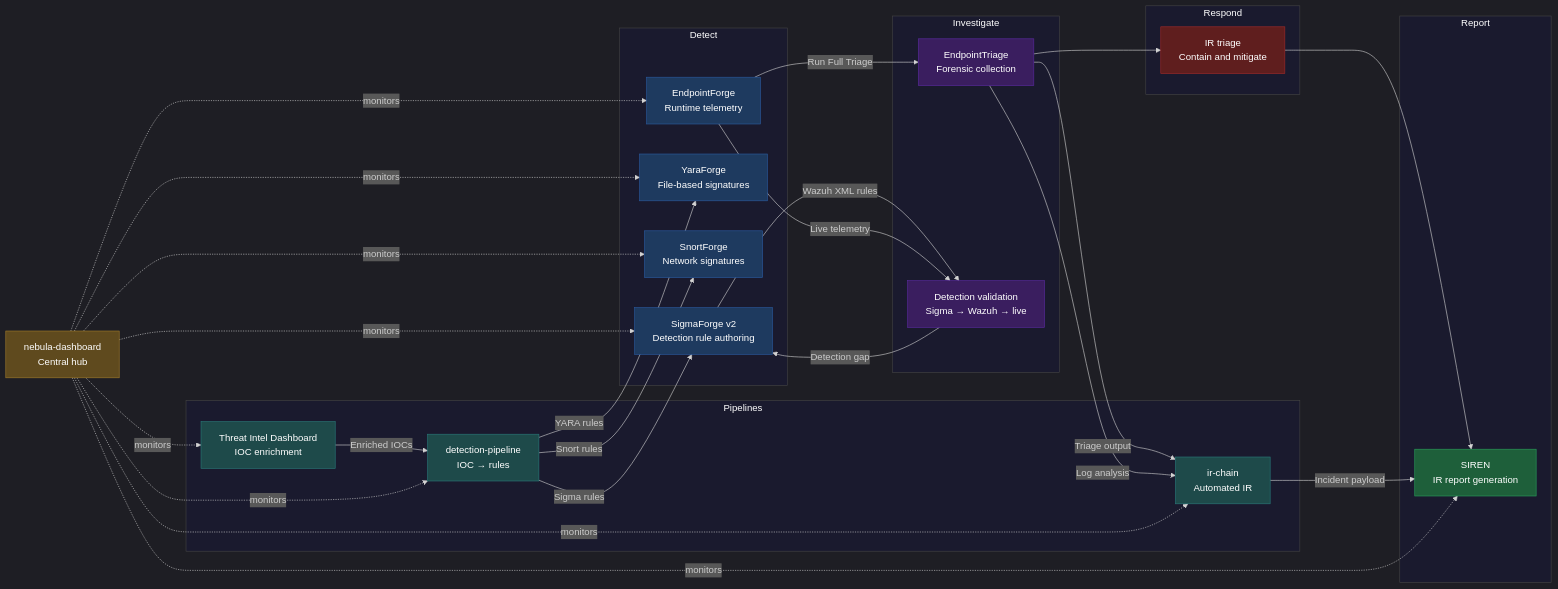
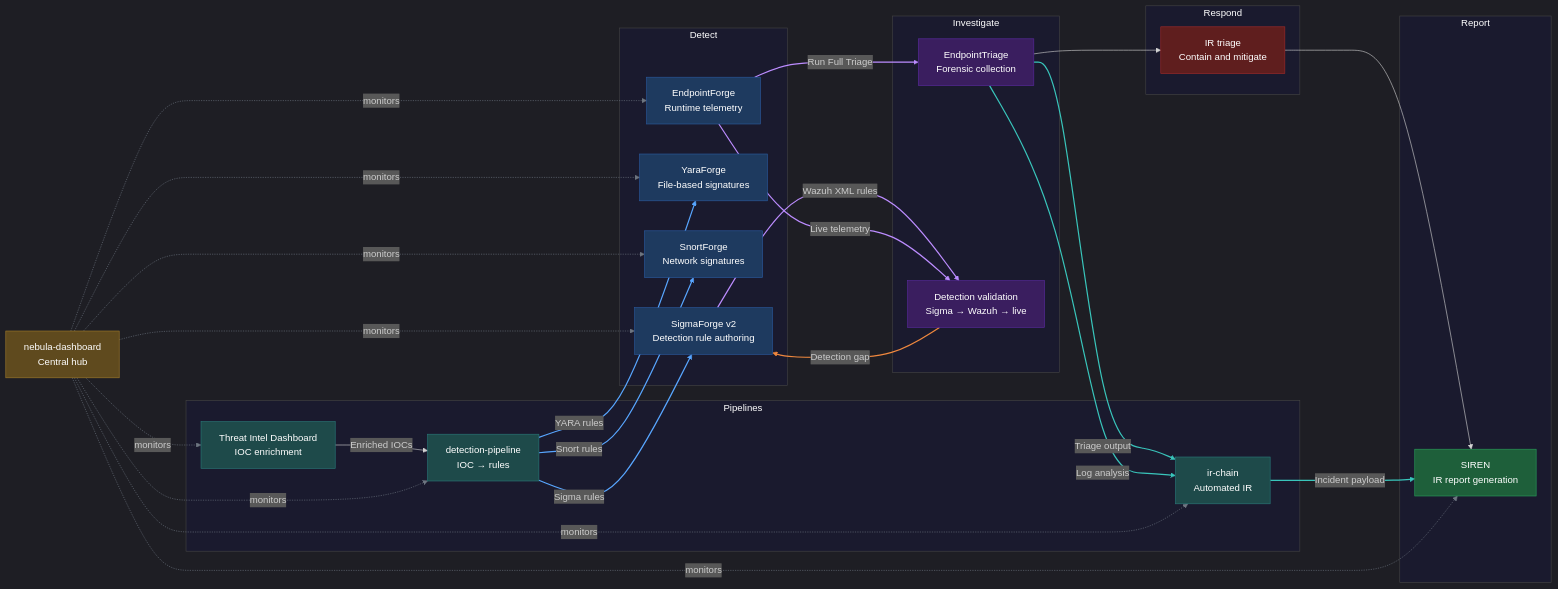
The diagram in README.md (Rootless-Ghost/Nebula-Forge), drawn with Mermaid before and after one commit.

````diff
--- a/README.md
+++ b/README.md
@@ -17,71 +17,77 @@
 ```mermaid
 %%{init: {'theme': 'dark', 'themeVariables': {'clusterBkg': '#1a1a2e', 'clusterBorder': '#444', 'titleColor': '#ffffff'}}}%%
 flowchart LR
     subgraph Detect
         SF[SigmaForge v2\nDetection rule authoring]
         YF[YaraForge\nFile-based signatures]
         SNF[SnortForge\nNetwork signatures]
         EF[EndpointForge\nRuntime telemetry]
     end
 
     subgraph Investigate
         ET[EndpointTriage\nForensic collection]
         DV[Detection validation\nSigma → Wazuh → live]
     end
 
     subgraph Respond
         IR[IR triage\nContain and mitigate]
     end
 
     subgraph Report
         SR[SIREN\nIR report generation]
     end
 
     subgraph Pipelines
         TI[Threat Intel Dashboard\nIOC enrichment]
         DP[detection-pipeline\nIOC → rules]
         IC[ir-chain\nAutomated IR]
     end
 
     ND[nebula-dashboard\nCentral hub]
 
     SF -->|Wazuh XML rules| DV
     EF -->|Live telemetry| DV
     EF -->|Run Full Triage| ET
     DV -->|Detection gap| SF
     ET --> IR
     IR --> SR
 
     TI -->|Enriched IOCs| DP
     DP -->|Sigma rules| SF
     DP -->|YARA rules| YF
     DP -->|Snort rules| SNF
 
     ET -->|Triage output| IC
     ET -->|Log analysis| IC
     IC -->|Incident payload| SR
 
     ND -.->|monitors| SF
     ND -.->|monitors| YF
     ND -.->|monitors| SNF
     ND -.->|monitors| EF
     ND -.->|monitors| TI
     ND -.->|monitors| SR
     ND -.->|monitors| DP
     ND -.->|monitors| IC
 
     classDef detect     fill:#1e3a5f,stroke:#2a5a9f,color:#fff
     classDef investigate fill:#3a1e5f,stroke:#5a2a9f,color:#fff
     classDef respond    fill:#5f1e1e,stroke:#9f2a2a,color:#fff
     classDef report     fill:#1e5f3a,stroke:#2a9f5a,color:#fff
     classDef pipeline   fill:#1e4a4a,stroke:#2a7a7a,color:#fff
     classDef hub        fill:#5f4a1e,stroke:#9f7a2a,color:#fff
 
     class SF,YF,SNF,EF detect
     class ET,DV investigate
     class IR respond
     class SR report
     class TI,DP,IC pipeline
     class ND hub
 
+    linkStyle 0,1,2 stroke:#bc8cff,stroke-width:2px
+    linkStyle 3 stroke:#f0883e,stroke-width:2px
+    linkStyle 7,8,9 stroke:#58a6ff,stroke-width:2px
+    linkStyle 10,11,12 stroke:#39c5bb,stroke-width:2px
+    linkStyle 13,14,15,16,17,18,19,20 stroke:#6e7681,stroke-width:1px
+
 ```
````
